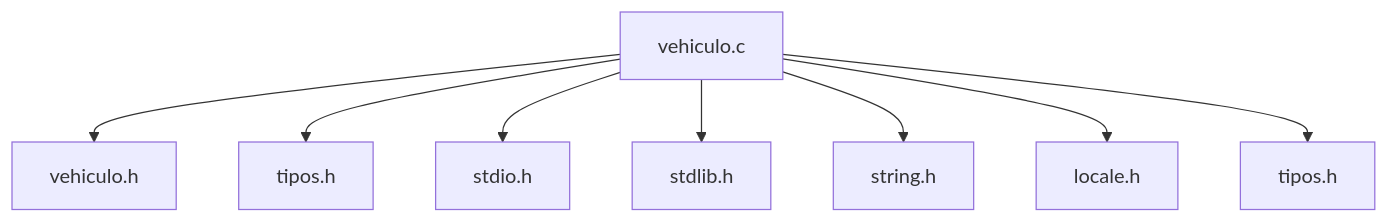
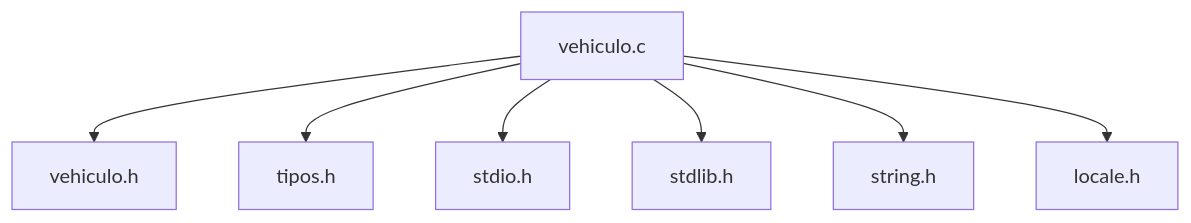
Before and after one commit to prvgal/ESI-SHARE: the fourth of 7 diagrams in ESI-Share.md, drawn with Mermaid. The commit also changed other lines of this file, not shown here.

````diff
--- a/ESI-Share.md
+++ b/ESI-Share.md
@@ -209,10 +228,9 @@
 ```mermaid
 graph TD
 A[vehiculo.c] --> B[vehiculo.h]
 A --> C[tipos.h]
 A --> D[stdio.h]
 A --> E[stdlib.h]
 A --> F[string.h]
 A --> G[locale.h]
-A --> H[tipos.h]
 ```
````
